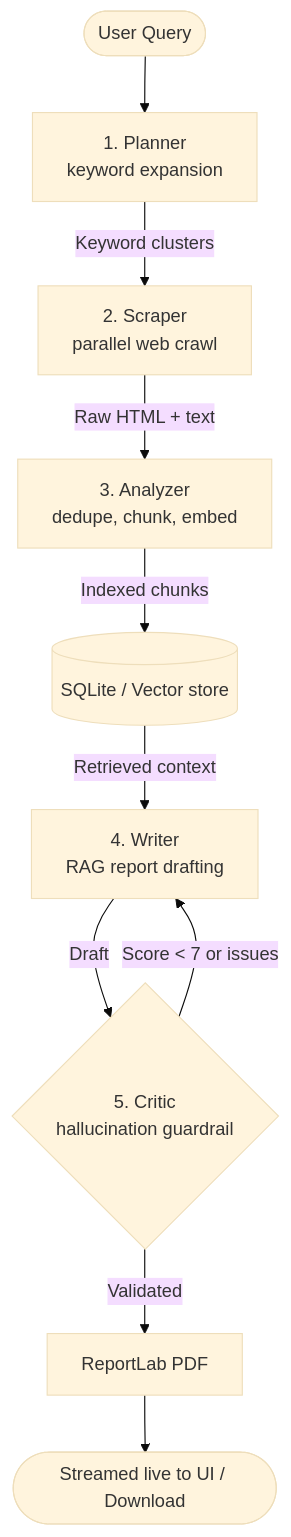
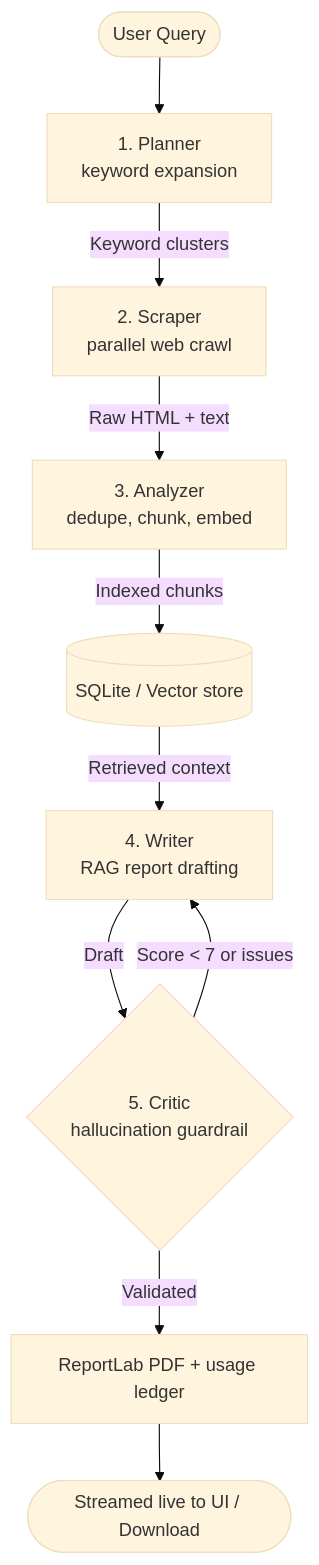
Before and after one commit to abdelrhmanHasaan/ResearchMultiAgentSystem: the diagram in README.md, drawn with Mermaid (base theme). The commit also changed other lines of this file and 29 other files, not shown here.

````diff
--- a/README.md
+++ b/README.md
@@ -7,12 +7,12 @@
 ```mermaid
 graph TD
     User([User Query]) --> Planner[1. Planner<br>keyword expansion]
     Planner -->|Keyword clusters| Scraper[2. Scraper<br>parallel web crawl]
     Scraper -->|Raw HTML + text| Analyzer[3. Analyzer<br>dedupe, chunk, embed]
     Analyzer -->|Indexed chunks| DB[(SQLite / Vector store)]
     DB -->|Retrieved context| Writer[4. Writer<br>RAG report drafting]
     Writer -->|Draft| Critic{5. Critic<br>hallucination guardrail}
     Critic -->|Score < 7 or issues| Writer
-    Critic -->|Validated| PDF[ReportLab PDF]
+    Critic -->|Validated| PDF[ReportLab PDF + usage ledger]
     PDF --> End([Streamed live to UI / Download])
 ```
````
